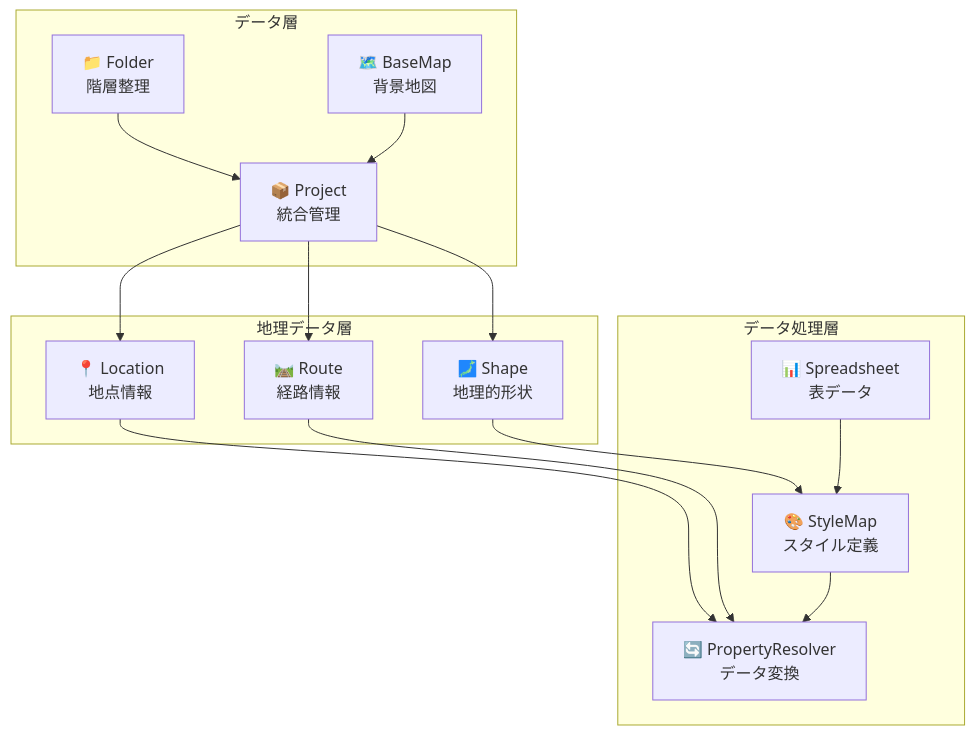
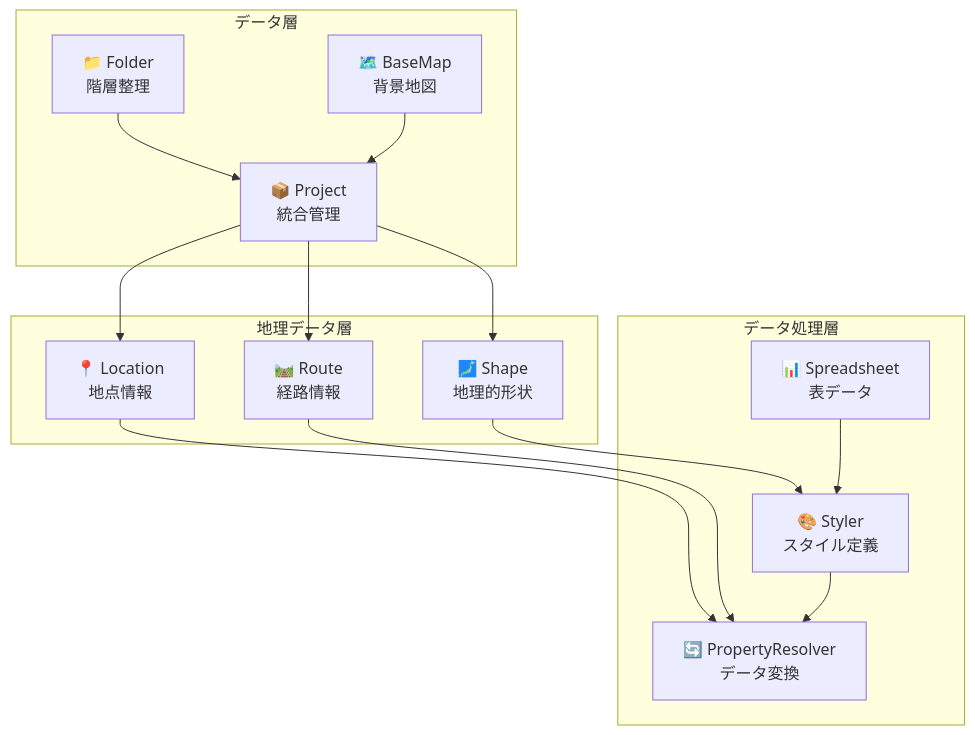
One commit to kubohiroya/hierarchidb changed the first of 10 diagrams in docs/USER_MANUAL_COMPREHENSIVE/01_BASIC_USER_GUIDE.md. Above: the diagram before and after it, drawn with Mermaid. The commit also changed other lines of this file and 267 other files, not shown here.

````diff
--- a/docs/USER_MANUAL_COMPREHENSIVE/01_BASIC_USER_GUIDE.md
+++ b/docs/USER_MANUAL_COMPREHENSIVE/01_BASIC_USER_GUIDE.md
@@ -18,34 +18,34 @@
 ```mermaid
 graph TB
     subgraph "データ層"
         Folder[📁 Folder<br/>階層整理]
         BaseMap[🗺️ BaseMap<br/>背景地図]
         Project[📦 Project<br/>統合管理]
     end
     
     subgraph "地理データ層"
         Shape[🗾 Shape<br/>地理的形状]
         Location[📍 Location<br/>地点情報]
         Route[🛤️ Route<br/>経路情報]
     end
     
     subgraph "データ処理層"
         Spreadsheet[📊 Spreadsheet<br/>表データ]
-        StyleMap[🎨 StyleMap<br/>スタイル定義]
+        Styler[🎨 Styler<br/>スタイル定義]
         PropertyResolver[🔄 PropertyResolver<br/>データ変換]
     end
     
     Project --> Shape
     Project --> Location
     Project --> Route
     
-    Shape --> StyleMap
+    Shape --> Styler
     Location --> PropertyResolver
     Route --> PropertyResolver
     
-    Spreadsheet --> StyleMap
-    StyleMap --> PropertyResolver
+    Spreadsheet --> Styler
+    Styler --> PropertyResolver
     
     Folder --> Project
     BaseMap --> Project
 ```
````
